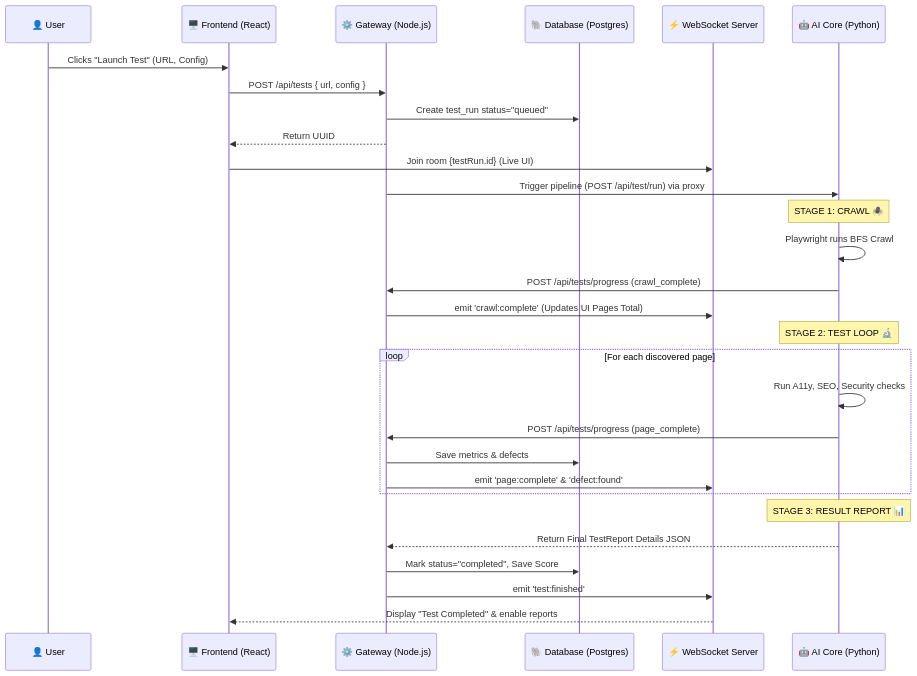
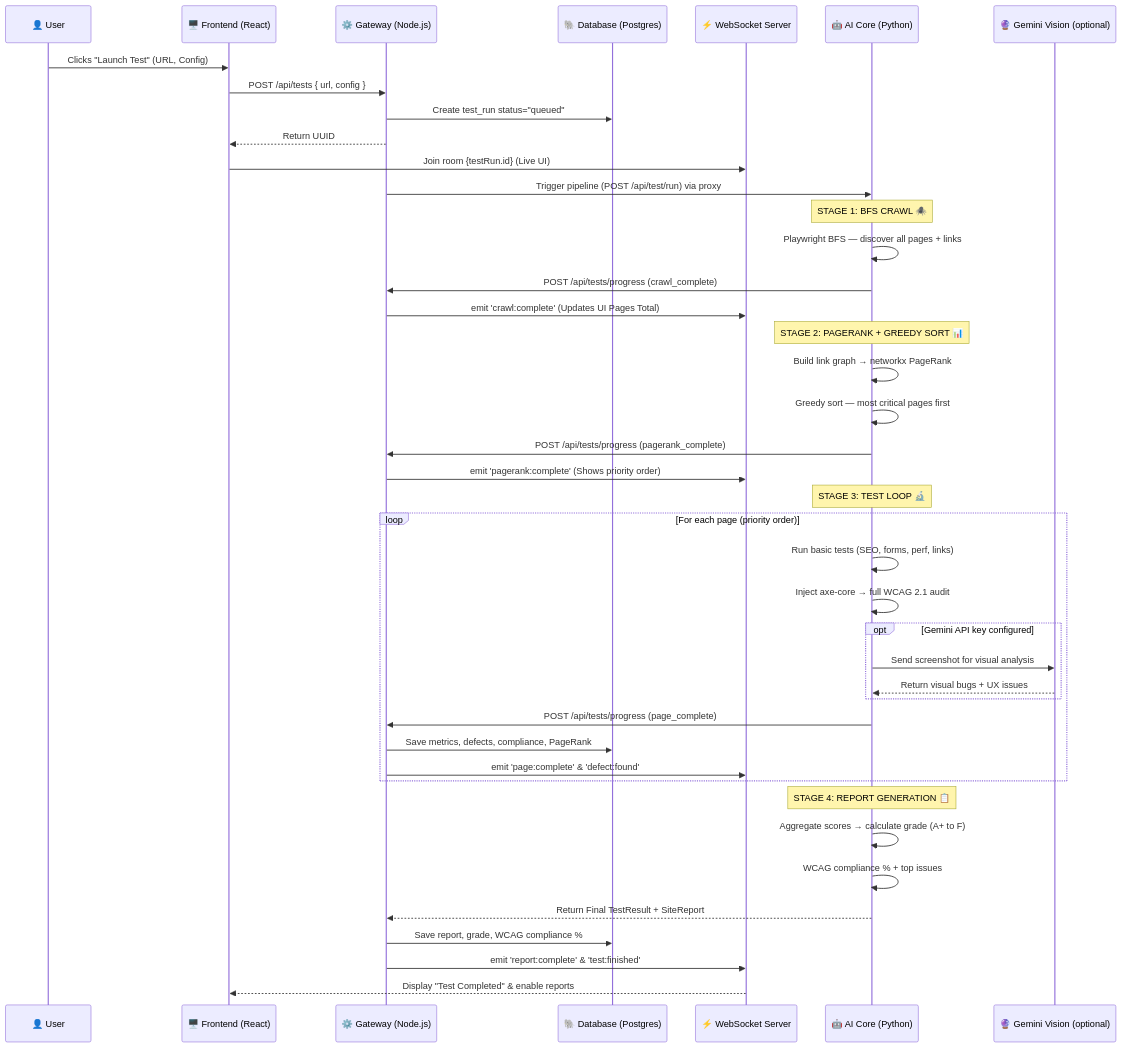
One commit to rohith2157/BUGZERO changed the second of 3 diagrams in README.md. Above: the diagram before and after it, drawn with Mermaid. The commit also changed other lines of this file and 9 other files, not shown here.

Commit message:
feat: Implement autonomous testing pipeline with AI orchestrator, new Prisma schema, and gateway API.

````diff
--- a/README.md
+++ b/README.md
@@ -105,35 +100,49 @@
 ```mermaid
 sequenceDiagram
     participant U as 👤 User
     participant F as 🖥️ Frontend (React)
     participant G as ⚙️ Gateway (Node.js)
     participant DB as 🐘 Database (Postgres)
     participant W as ⚡ WebSocket Server
     participant A as 🤖 AI Core (Python)
+    participant Gem as 🔮 Gemini Vision (optional)
 
     U->>F: Clicks "Launch Test" (URL, Config)
     F->>G: POST /api/tests { url, config }
     G->>DB: Create test_run status="queued"
     G-->>F: Return UUID
     F->>W: Join room {testRun.id} (Live UI)
     G->>A: Trigger pipeline (POST /api/test/run) via proxy
     
-    note over A: STAGE 1: CRAWL 🕷️
-    A->>A: Playwright runs BFS Crawl
+    note over A: STAGE 1: BFS CRAWL 🕷️
+    A->>A: Playwright BFS — discover all pages + links
     A->>G: POST /api/tests/progress (crawl_complete)
     G->>W: emit 'crawl:complete' (Updates UI Pages Total)
     
-    note over A: STAGE 2: TEST LOOP 🔬
-    loop For each discovered page
-        A->>A: Run A11y, SEO, Security checks
+    note over A: STAGE 2: PAGERANK + GREEDY SORT 📊
+    A->>A: Build link graph → networkx PageRank
+    A->>A: Greedy sort — most critical pages first
+    A->>G: POST /api/tests/progress (pagerank_complete)
+    G->>W: emit 'pagerank:complete' (Shows priority order)
+    
+    note over A: STAGE 3: TEST LOOP 🔬
+    loop For each page (priority order)
+        A->>A: Run basic tests (SEO, forms, perf, links)
+        A->>A: Inject axe-core → full WCAG 2.1 audit
+        opt Gemini API key configured
+            A->>Gem: Send screenshot for visual analysis
+            Gem-->>A: Return visual bugs + UX issues
+        end
         A->>G: POST /api/tests/progress (page_complete)
-        G->>DB: Save metrics & defects
+        G->>DB: Save metrics, defects, compliance, PageRank
         G->>W: emit 'page:complete' & 'defect:found'
     end
     
-    note over A: STAGE 3: RESULT REPORT 📊
-    A-->>G: Return Final TestReport Details JSON
-    G->>DB: Mark status="completed", Save Score
-    G->>W: emit 'test:finished'
+    note over A: STAGE 4: REPORT GENERATION 📋
+    A->>A: Aggregate scores → calculate grade (A+ to F)
+    A->>A: WCAG compliance % + top issues
+    A-->>G: Return Final TestResult + SiteReport
+    G->>DB: Save report, grade, WCAG compliance %
+    G->>W: emit 'report:complete' & 'test:finished'
     W-->>F: Display "Test Completed" & enable reports
 ```
````
